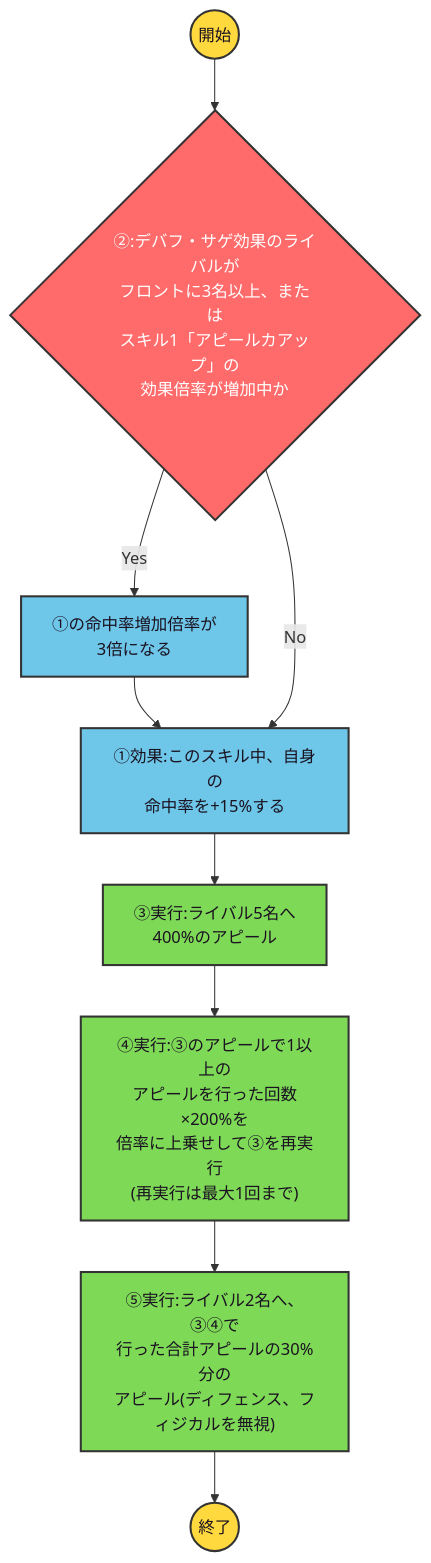
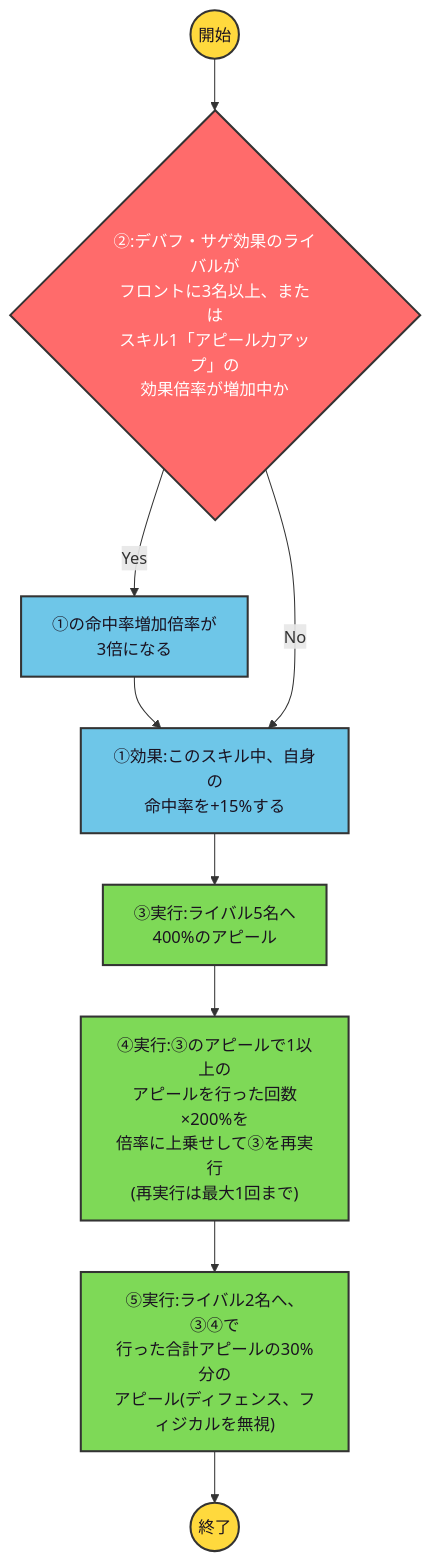
One commit to ryomochi0918/nogifra-characters changed the diagram in data/ogawa_aya/17hunkan_skill2.mmd. Above: the diagram before and after it, drawn with Mermaid. The commit also changed 19 other files, not shown here.

```diff
--- a/data/ogawa_aya/17hunkan_skill2.mmd
+++ b/data/ogawa_aya/17hunkan_skill2.mmd
@@ -1,11 +1,11 @@
 flowchart TD
     classDef startend fill:#FFD93D,stroke:#333,stroke-width:2px,color:#1a1220;
     classDef cond fill:#FF6B6B,stroke:#333,stroke-width:2px,color:#ffffff;
     classDef effect fill:#6EC6E8,stroke:#333,stroke-width:2px,color:#1a1220;
     classDef action fill:#7ED957,stroke:#333,stroke-width:2px,color:#1a1220;
 
-    start(("開始")):::startend --> c2{"②:デバフ・サゲ効果のライバルが<br/>フロントに3名以上、または<br/>スキル1「アピールカアップ」の<br/>効果倍率が増加中か"}:::cond
+    start(("開始")):::startend --> c2{"②:デバフ・サゲ効果のライバルが<br/>フロントに3名以上、または<br/>スキル1「アピール力アップ」の<br/>効果倍率が増加中か"}:::cond
     c2 -->|"Yes"| e2["①の命中率増加倍率が<br/>3倍になる"]:::effect --> e1
     c2 -->|"No"| e1["①効果:このスキル中、自身の<br/>命中率を+15%する"]:::effect --> a3["③実行:ライバル5名へ<br/>400%のアピール"]:::action
     a3 --> a4["④実行:③のアピールで1以上の<br/>アピールを行った回数×200%を<br/>倍率に上乗せして③を再実行<br/>(再実行は最大1回まで)"]:::action
     a4 --> a5["⑤実行:ライバル2名へ、③④で<br/>行った合計アピールの30%分の<br/>アピール(ディフェンス、フィジカルを無視)"]:::action --> finish(("終了")):::startend
```
